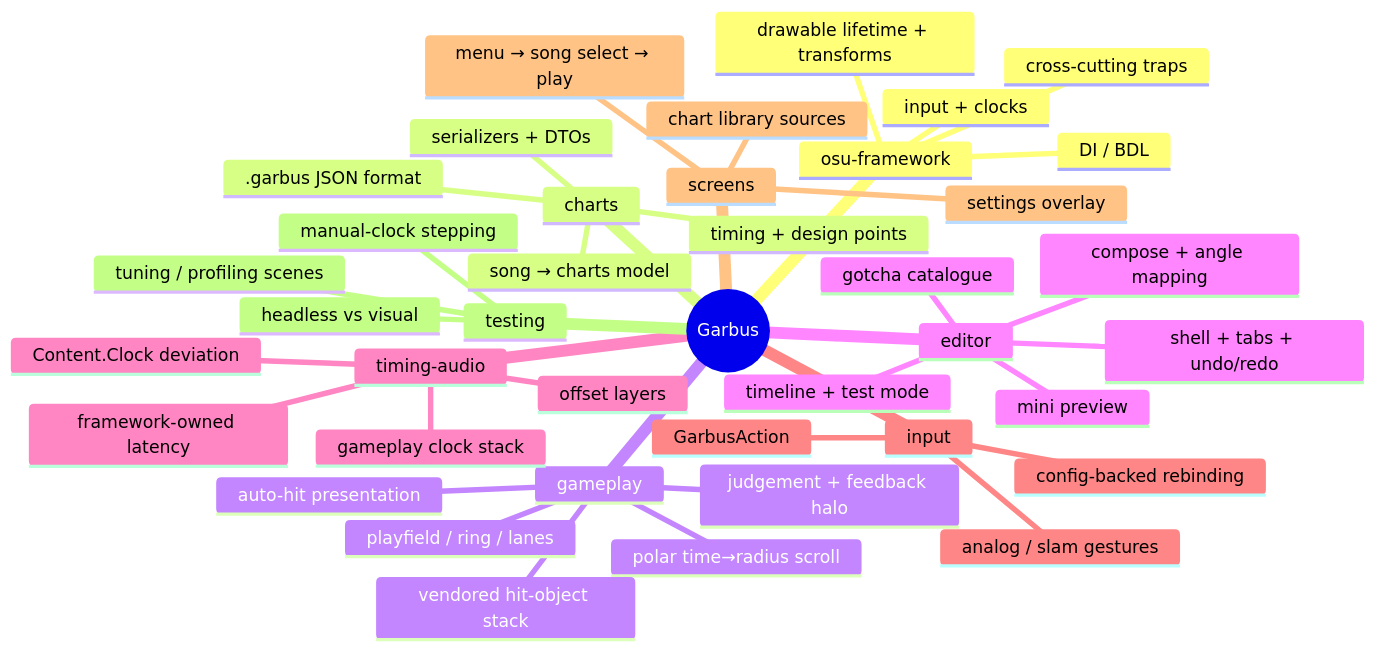
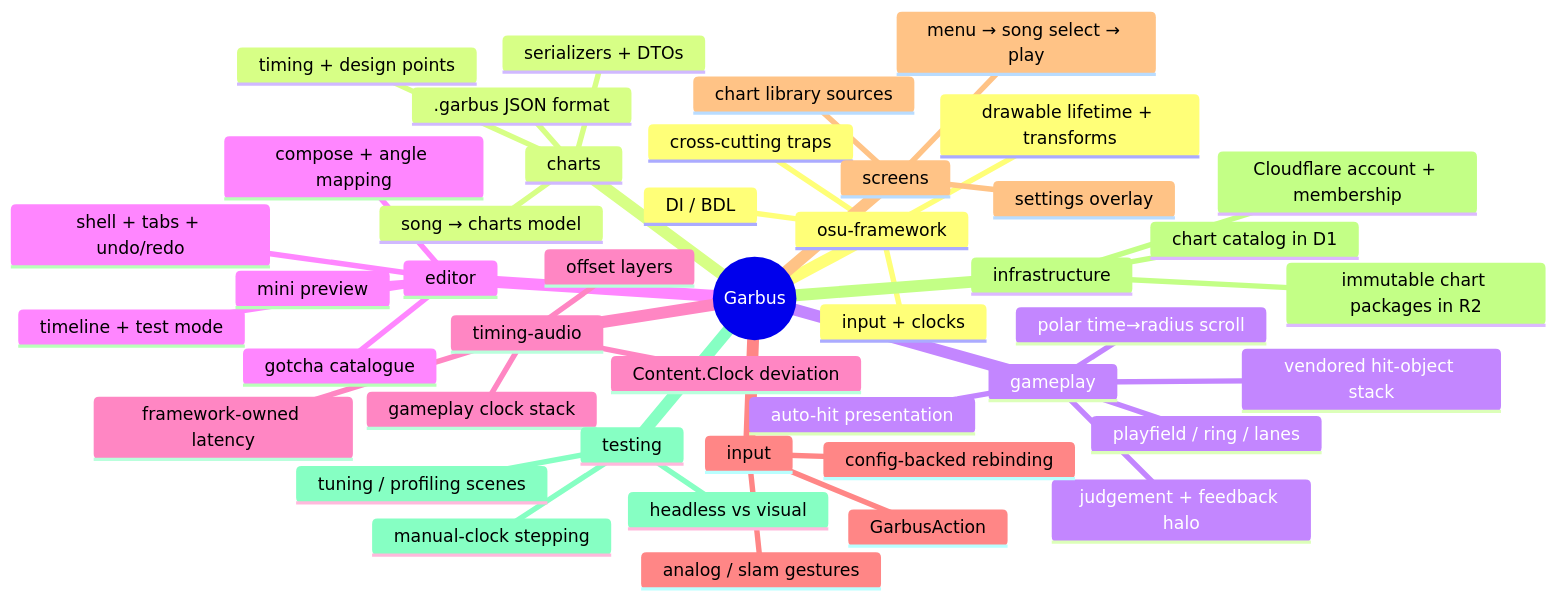
Before and after one commit to zacharied/Garbus: the diagram in AGENTS.md, drawn with Mermaid. The commit also changed other lines of this file and 11 other files, not shown here.

Commit message:
infra: bootstrap Cloudflare chart hosting

````diff
--- a/AGENTS.md
+++ b/AGENTS.md
@@ -63,43 +63,47 @@
 ```mermaid
 mindmap
   root((Garbus))
     osu-framework
       DI / BDL
       drawable lifetime + transforms
       input + clocks
       cross-cutting traps
     charts
       song → charts model
       .garbus JSON format
       serializers + DTOs
       timing + design points
     gameplay
       playfield / ring / lanes
       polar time→radius scroll
       judgement + feedback halo
       auto-hit presentation
       vendored hit-object stack
     editor
       shell + tabs + undo/redo
       compose + angle mapping
       timeline + test mode
       mini preview
       gotcha catalogue
     timing-audio
       gameplay clock stack
       offset layers
       Content.Clock deviation
       framework-owned latency
     input
       GarbusAction
       config-backed rebinding
       analog / slam gestures
     screens
       menu → song select → play
       settings overlay
       chart library sources
+    infrastructure
+      Cloudflare account + membership
+      immutable chart packages in R2
+      chart catalog in D1
     testing
       headless vs visual
       manual-clock stepping
       tuning / profiling scenes
 ```
````
